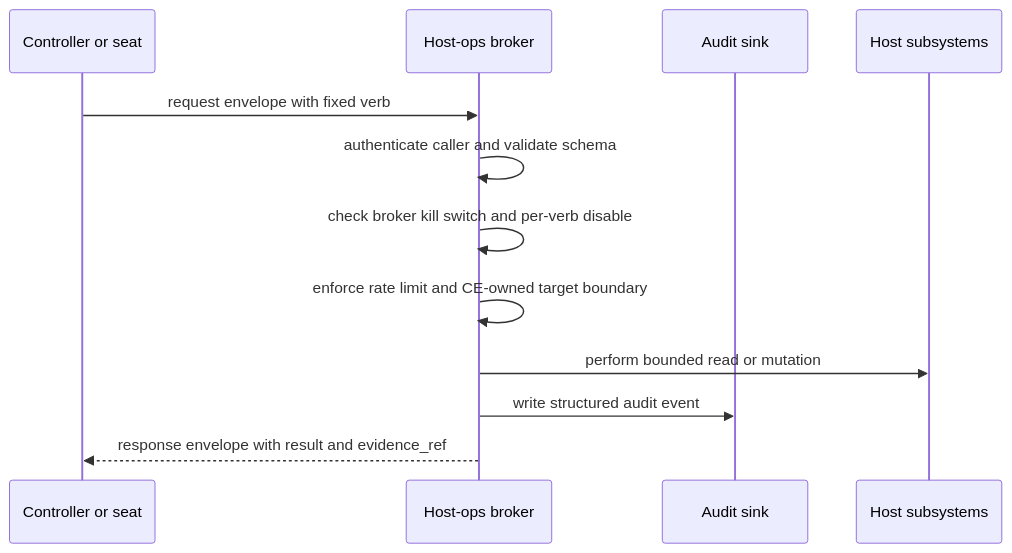
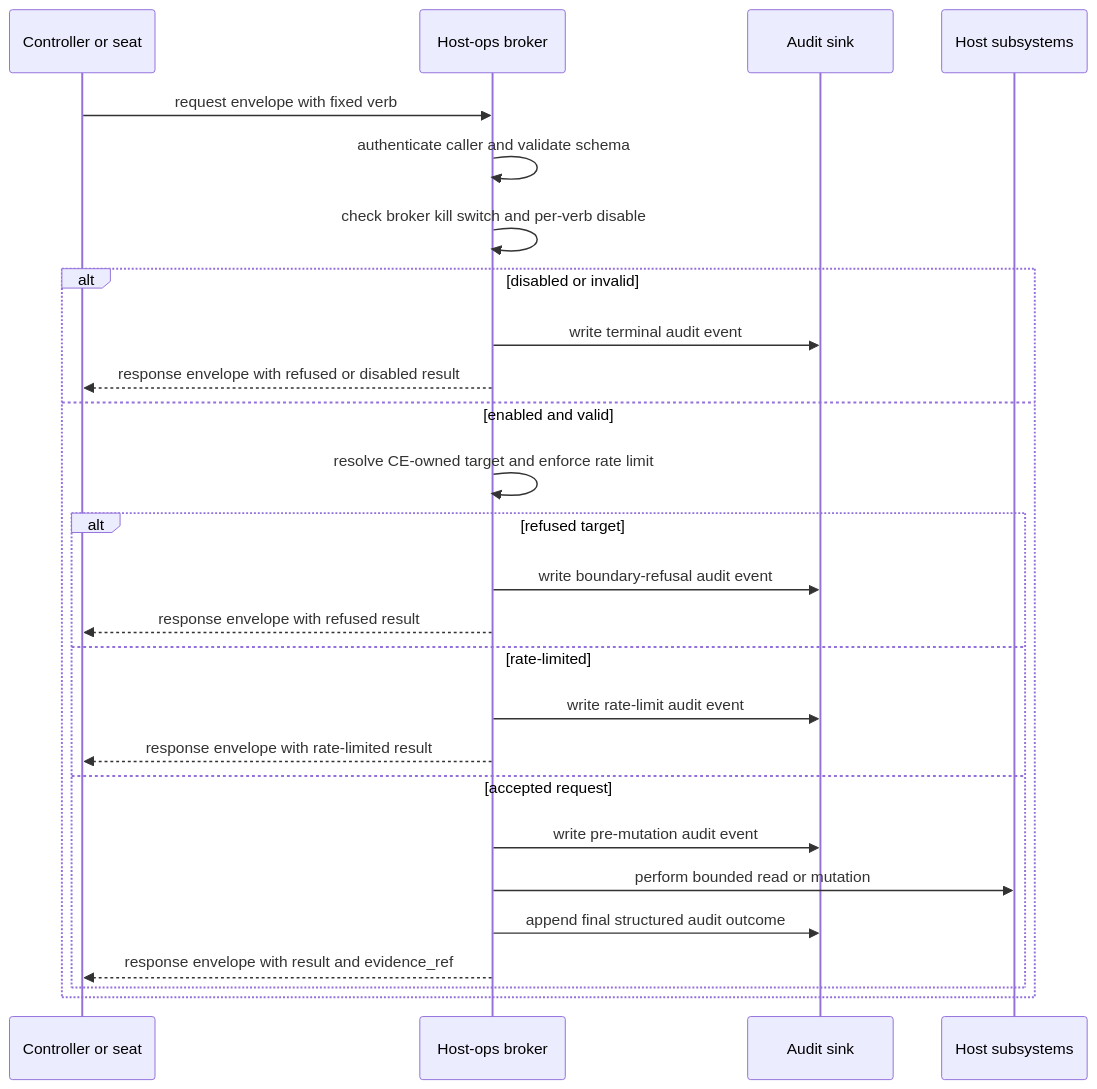
One commit to creator-engine/creator-engine changed the diagram in docs/design/host-ops-broker-v1.md. Above: the diagram before and after it, drawn with Mermaid. The commit also changed other lines of this file and 1 other file, not shown here.

Commit message:
docs: resolve host-ops broker review findings

````diff
--- a/docs/design/host-ops-broker-v1.md
+++ b/docs/design/host-ops-broker-v1.md
@@ -566,15 +612,29 @@
 ```mermaid
 sequenceDiagram
   participant Controller as Controller or seat
   participant Broker as Host-ops broker
   participant Audit as Audit sink
   participant Host as Host subsystems
 
   Controller->>Broker: request envelope with fixed verb
   Broker->>Broker: authenticate caller and validate schema
   Broker->>Broker: check broker kill switch and per-verb disable
-  Broker->>Broker: enforce rate limit and CE-owned target boundary
-  Broker->>Host: perform bounded read or mutation
-  Broker->>Audit: write structured audit event
-  Broker-->>Controller: response envelope with result and evidence_ref
+  alt disabled or invalid
+    Broker->>Audit: write terminal audit event
+    Broker-->>Controller: response envelope with refused or disabled result
+  else enabled and valid
+    Broker->>Broker: resolve CE-owned target and enforce rate limit
+    alt refused target
+      Broker->>Audit: write boundary-refusal audit event
+      Broker-->>Controller: response envelope with refused result
+    else rate-limited
+      Broker->>Audit: write rate-limit audit event
+      Broker-->>Controller: response envelope with rate-limited result
+    else accepted request
+      Broker->>Audit: write pre-mutation audit event
+      Broker->>Host: perform bounded read or mutation
+      Broker->>Audit: append final structured audit outcome
+      Broker-->>Controller: response envelope with result and evidence_ref
+    end
+  end
 ```
````
